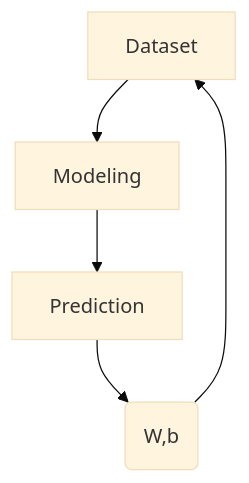
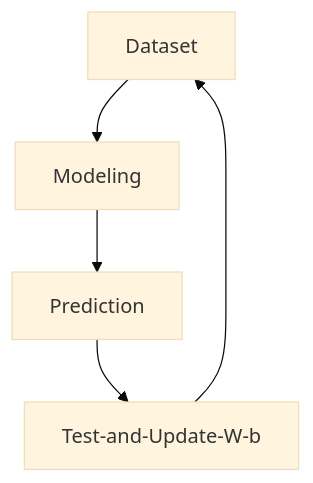
Before and after one commit to afondiel/computer-science-notebook: the diagram in ai/ml-notes/deep-learning-notes/dl-notes.md, drawn with Mermaid (base theme).

Commit message:
dl: update dl-notes

````diff
--- a/ai/ml-notes/deep-learning-notes/dl-notes.md
+++ b/ai/ml-notes/deep-learning-notes/dl-notes.md
@@ -91,7 +91,7 @@
 ```mermaid
 graph TD;
     Dataset-->Modeling;
     Modeling-->Prediction;
-    Prediction-->Test-and-Update(W,b);    
-    Test-and-Update(W,b)-->Dataset;
+    Prediction-->Test-and-Update-W-b;    
+    Test-and-Update-W-b-->Dataset;
 ```
````
